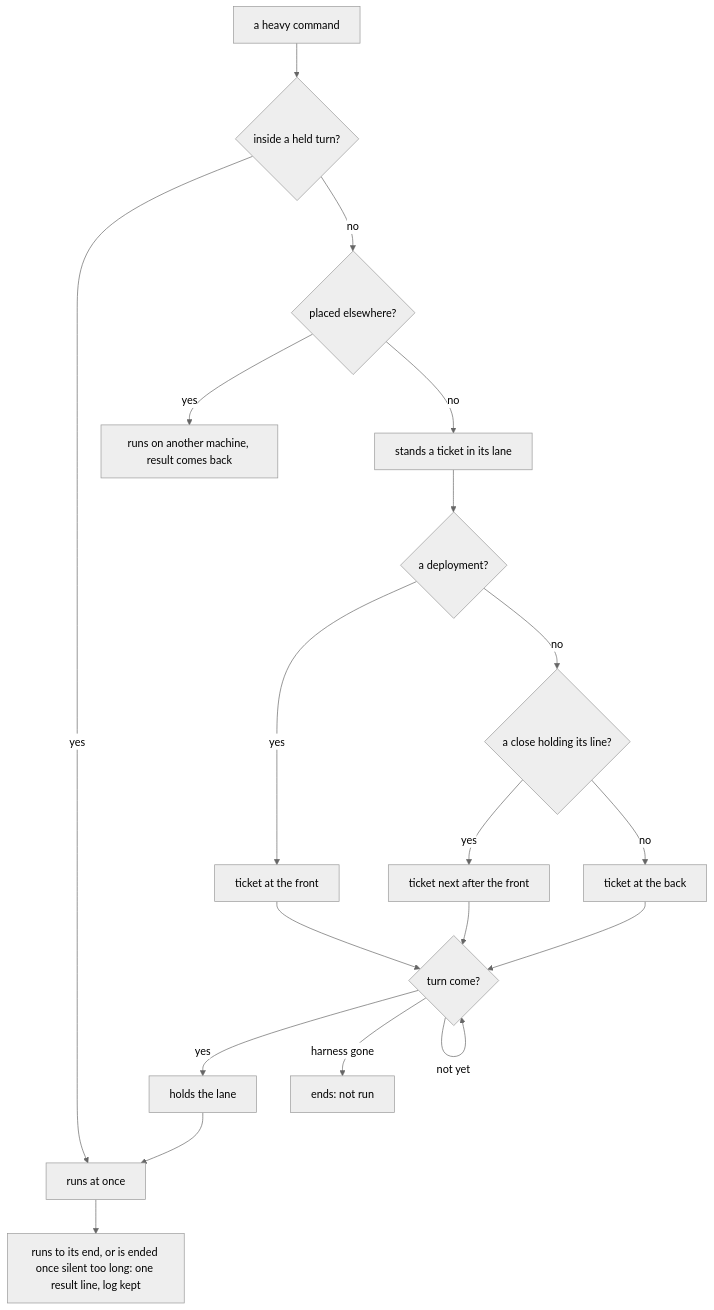
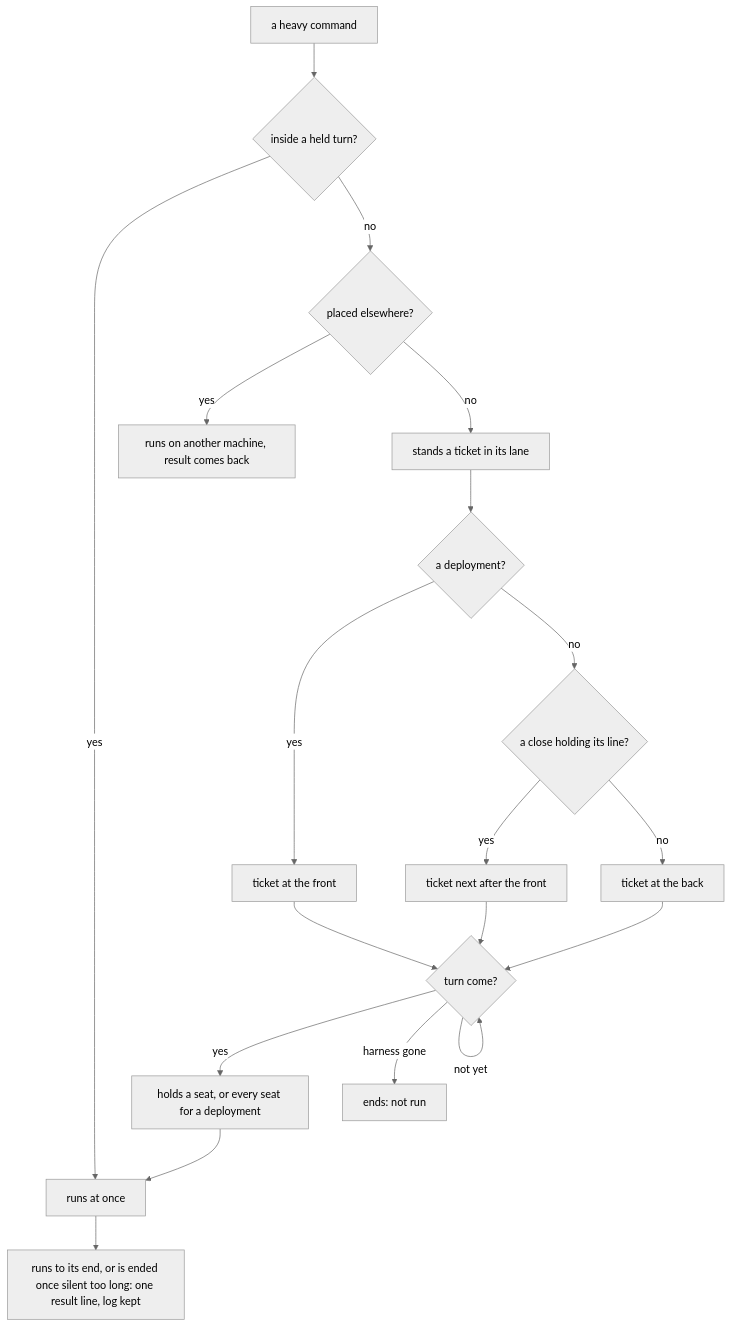
Before and after one commit to ahas/bmo-testbed: the diagram in docs/testbed.md, drawn with Mermaid (neutral theme). The commit also changed other lines of this file and 25 other files, not shown here.

````diff
--- a/docs/testbed.md
+++ b/docs/testbed.md
@@ -23,21 +25,21 @@
 ```mermaid
 flowchart TD
   A[a heavy command] --> B{inside a held turn?}
   B -- yes --> R[runs at once]
   B -- no --> P{placed elsewhere?}
   P -- yes --> E[runs on another machine, result comes back]
   P -- no --> Q[stands a ticket in its lane]
   Q --> F{a deployment?}
   F -- yes --> FT[ticket at the front]
   F -- no --> N{a close holding its line?}
   N -- yes --> NT[ticket next after the front]
   N -- no --> OT[ticket at the back]
   FT --> W{turn come?}
   NT --> W
   OT --> W
-  W -- yes --> H[holds the lane]
+  W -- yes --> H[holds a seat, or every seat for a deployment]
   H --> R
   W -- harness gone --> K[ends: not run]
   W -- not yet --> W
   R --> V[runs to its end, or is ended once silent too long: one result line, log kept]
 ```
````
